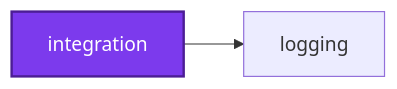
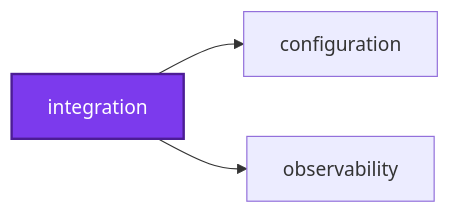
One commit to organizzolini/codebase changed the first of 3 diagrams in integration/README.md. Above: the diagram before and after it, drawn with Mermaid. The commit also changed 68 other files, not shown here.

````diff
--- a/integration/README.md
+++ b/integration/README.md
@@ -154,8 +154,10 @@
 ```mermaid
 graph LR
+  configuration["configuration"]
   integration["integration"]
-  logging["logging"]
-  integration --> logging
+  observability["observability"]
+  integration --> configuration
+  integration --> observability
   classDef subject fill:#7c3aed,color:#fff,stroke:#4c1d95,stroke-width:2px
   class integration subject
 ```
````
